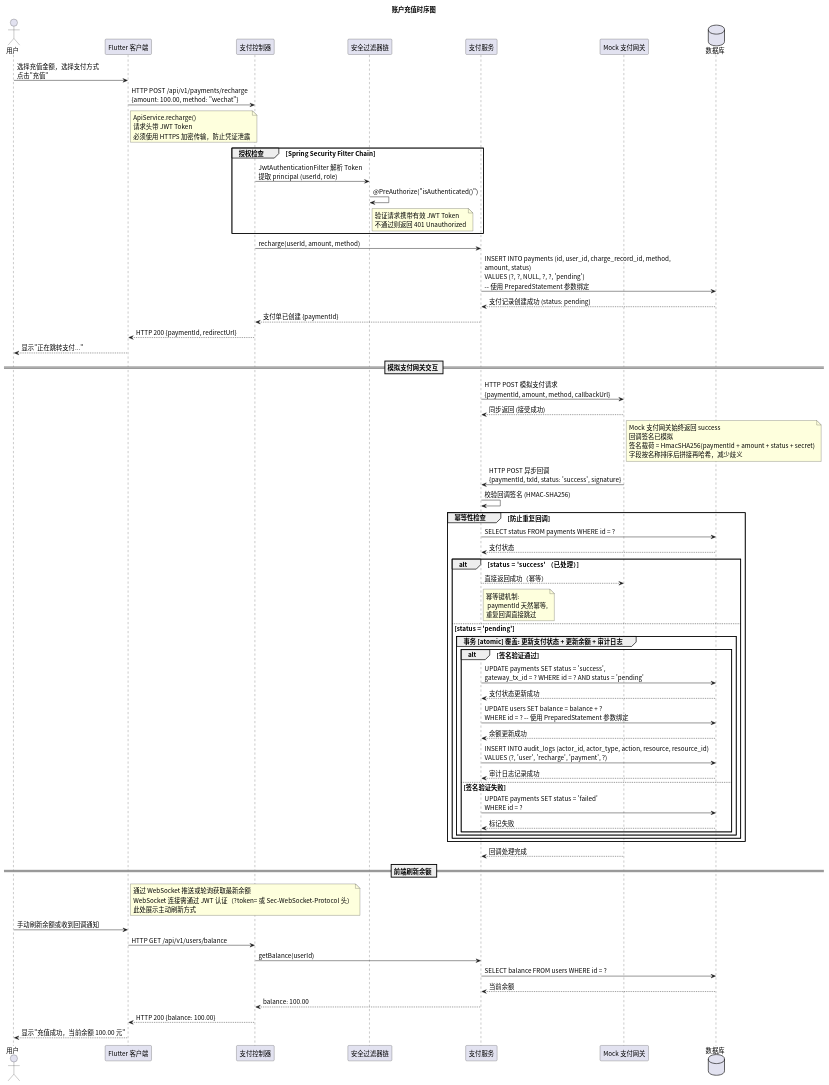
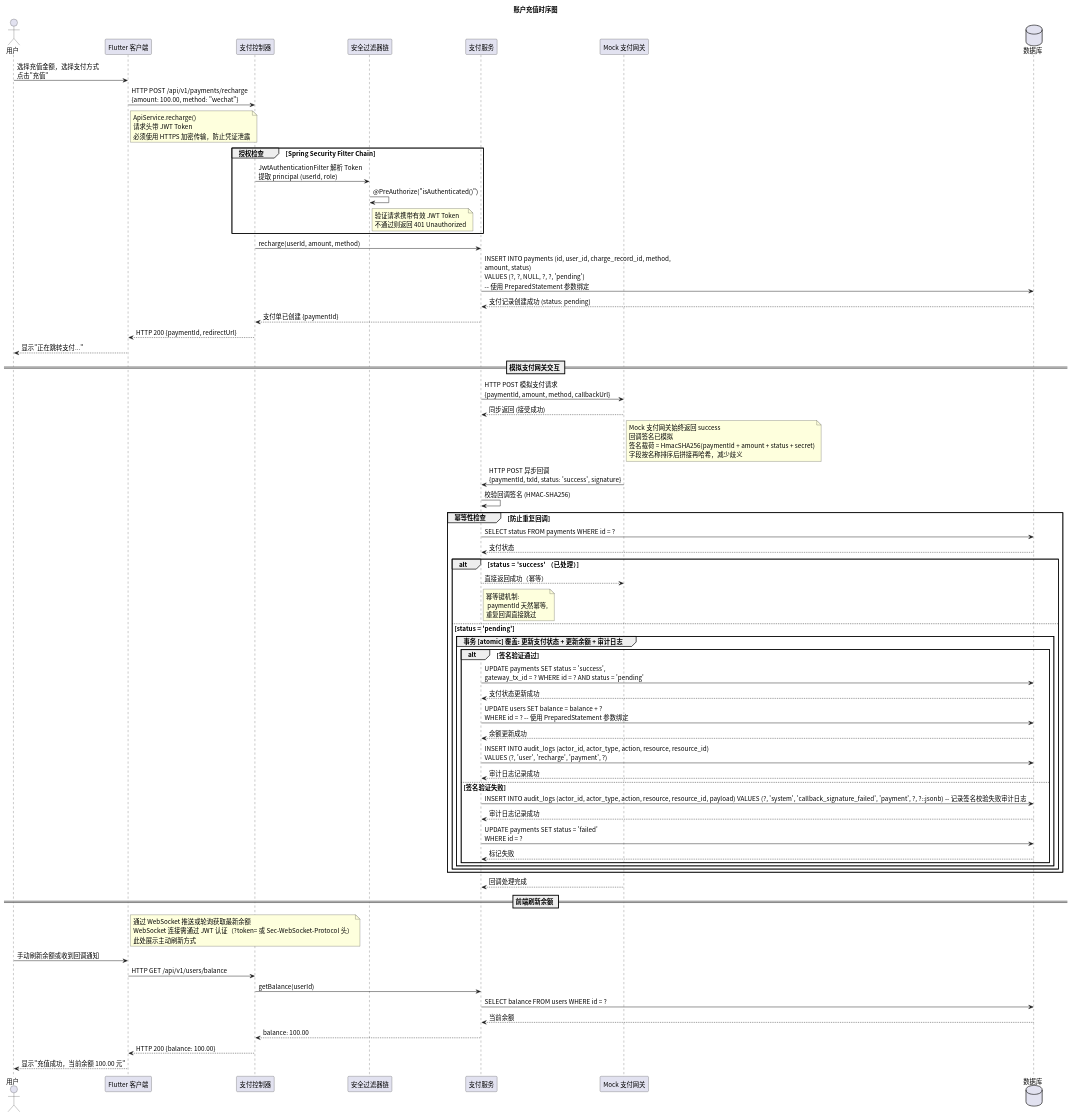
One commit to greenhandzdl/charging-station-doc changed the diagram in time/src/sequence_recharge.puml. Above: the diagram before and after it, drawn with PlantUML. The commit also changed 12 other files, not shown here.

First line of the commit message:
fix: 第4轮评估修复 — 审计日志3处补齐、Charger updatedAt字段、qrCodeDisplay移除、类图注解修正

```diff
--- a/time/src/sequence_recharge.puml
+++ b/time/src/sequence_recharge.puml
@@ -1,84 +1,86 @@
 @startuml
 skinparam defaultFontName "Noto Sans CJK SC"
 skinparam defaultFontSize 14
 title 账户充值时序图
 
 ' 所有 SQL 操作使用 PreparedStatement 参数绑定，禁止字符串拼接
 actor 用户 as U
 participant "Flutter 客户端" as FE
 participant "支付控制器" as Ctrl
 participant "安全过滤器链" as Security
 participant "支付服务" as PS
 participant "Mock 支付网关" as Gateway
 database 数据库 as DB
 
 U -> FE: 选择充值金额，选择支付方式\n点击"充值"
 FE -> Ctrl: HTTP POST /api/v1/payments/recharge\n{amount: 100.00, method: "wechat"}
 note right FE : ApiService.recharge()\n请求头带 JWT Token\n必须使用 HTTPS 加密传输，防止凭证泄露
 
 group 授权检查 [Spring Security Filter Chain]
   Ctrl -> Security: JwtAuthenticationFilter 解析 Token\n提取 principal (userId, role)
 
   Security -> Security: @PreAuthorize("isAuthenticated()")
   note right Security : 验证请求携带有效 JWT Token\n不通过则返回 401 Unauthorized
 end
 
 Ctrl -> PS: recharge(userId, amount, method)
 
 PS -> DB: INSERT INTO payments (id, user_id, charge_record_id, method,\namount, status)\nVALUES (?, ?, NULL, ?, ?, 'pending')\n-- 使用 PreparedStatement 参数绑定
 DB --> PS: 支付记录创建成功 (status: pending)
 
 PS --> Ctrl: 支付单已创建 {paymentId}
 Ctrl --> FE: HTTP 200 {paymentId, redirectUrl}
 FE --> U: 显示"正在跳转支付..."
 
 == 模拟支付网关交互 ==
 PS -> Gateway: HTTP POST 模拟支付请求\n{paymentId, amount, method, callbackUrl}
 Gateway --> PS: 同步返回 (接受成功)
 
 note right Gateway : Mock 支付网关始终返回 success\n回调签名已模拟\n签名载荷 = HmacSHA256(paymentId + amount + status + secret)\n字段按名称排序后拼接再哈希，减少歧义
 
 Gateway -> PS: HTTP POST 异步回调\n{paymentId, txId, status: 'success', signature}
 
 PS -> PS: 校验回调签名 (HMAC-SHA256)
 
 group 幂等性检查 [防止重复回调]
     PS -> DB: SELECT status FROM payments WHERE id = ?
     DB --> PS: 支付状态
 
     alt status = 'success' （已处理）
       PS --> Gateway: 直接返回成功（幂等）
       note right PS : 幂等键机制:\n paymentId 天然幂等,\n重复回调直接跳过
     else status = 'pending'
       group 事务 [atomic] 覆盖: 更新支付状态 + 更新余额 + 审计日志
         alt 签名验证通过
           PS -> DB: UPDATE payments SET status = 'success',\ngateway_tx_id = ? WHERE id = ? AND status = 'pending'
           DB --> PS: 支付状态更新成功
 
           PS -> DB: UPDATE users SET balance = balance + ?\nWHERE id = ? -- 使用 PreparedStatement 参数绑定
           DB --> PS: 余额更新成功
 
           PS -> DB: INSERT INTO audit_logs (actor_id, actor_type, action, resource, resource_id)\nVALUES (?, 'user', 'recharge', 'payment', ?)
           DB --> PS: 审计日志记录成功
         else 签名验证失败
+	          PS -> DB: INSERT INTO audit_logs (actor_id, actor_type, action, resource, resource_id, payload) VALUES (?, 'system', 'callback_signature_failed', 'payment', ?, ?::jsonb) -- 记录签名校验失败审计日志
+	          DB --> PS: 审计日志记录成功
           PS -> DB: UPDATE payments SET status = 'failed'\nWHERE id = ?
           DB --> PS: 标记失败
         end
       end
     end
 end
 
 Gateway --> PS: 回调处理完成
 
 == 前端刷新余额 ==
 note right FE : 通过 WebSocket 推送或轮询获取最新余额\nWebSocket 连接需通过 JWT 认证（?token= 或 Sec-WebSocket-Protocol 头）\n此处展示主动刷新方式
 
 U -> FE: 手动刷新余额或收到回调通知
 FE -> Ctrl: HTTP GET /api/v1/users/balance
 Ctrl -> PS: getBalance(userId)
 PS -> DB: SELECT balance FROM users WHERE id = ?
 DB --> PS: 当前余额
 PS --> Ctrl: balance: 100.00
 Ctrl --> FE: HTTP 200 {balance: 100.00}
 FE --> U: 显示"充值成功，当前余额 100.00 元"
 @enduml
```
